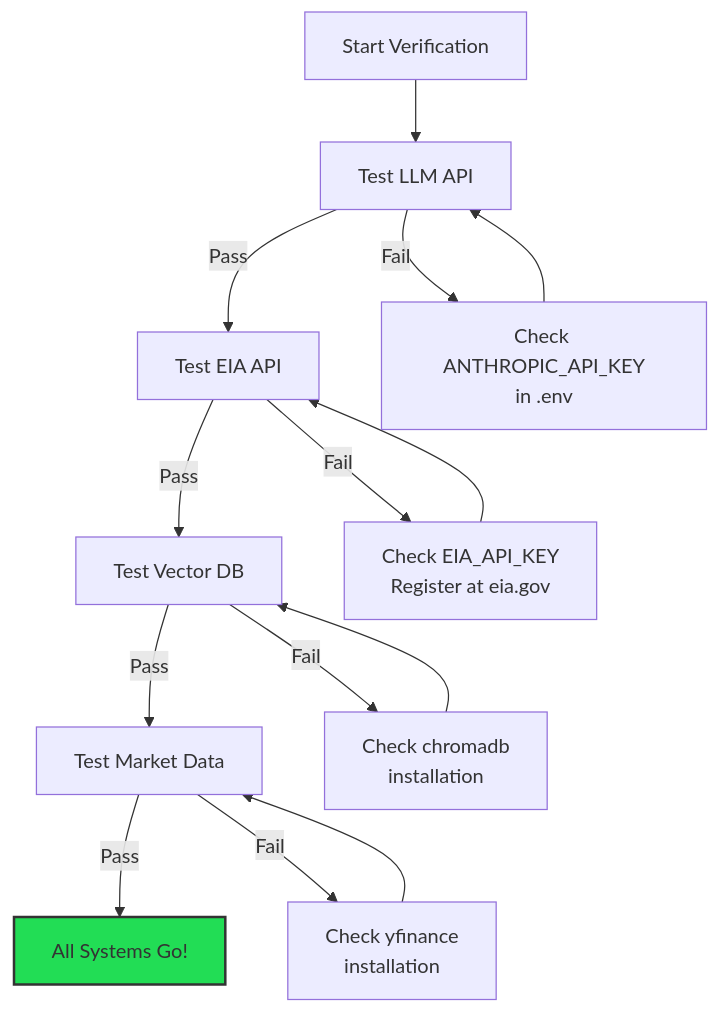
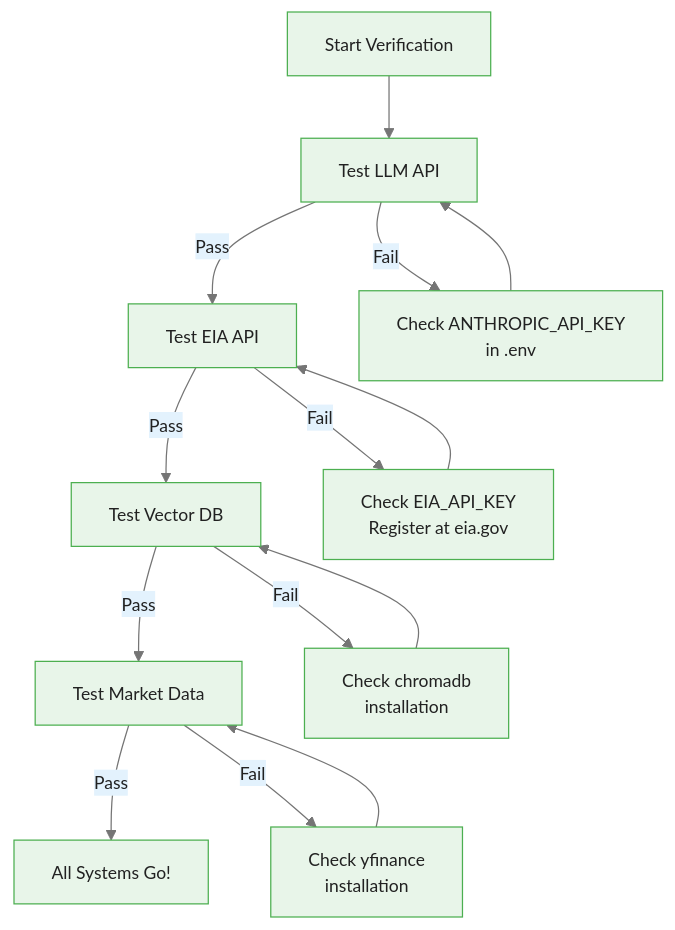
Before and after one commit to m-deane/course-creator: the third of 4 diagrams in courses/genai-commodities/modules/module_00_foundations/guides/03_environment_setup_slides.md, drawn with Mermaid. The commit also changed other lines of this file and 84 other files, not shown here.

````diff
--- a/courses/genai-commodities/modules/module_00_foundations/guides/03_environment_setup_slides.md
+++ b/courses/genai-commodities/modules/module_00_foundations/guides/03_environment_setup_slides.md
@@ -438,19 +466,18 @@
 ```mermaid
+%%{init: {"theme": "base", "themeVariables": {"primaryColor": "#e8f5e9", "primaryBorderColor": "#4caf50", "primaryTextColor": "#212121", "secondaryColor": "#e3f2fd", "tertiaryColor": "#fff8e1", "lineColor": "#757575", "fontFamily": "Inter, sans-serif", "fontSize": "14px"}}}%%
 flowchart TD
     A[Start Verification] --> B[Test LLM API]
     B -->|Pass| C[Test EIA API]
     B -->|Fail| B1[Check ANTHROPIC_API_KEY<br/>in .env]
     C -->|Pass| D[Test Vector DB]
     C -->|Fail| C1[Check EIA_API_KEY<br/>Register at eia.gov]
     D -->|Pass| E[Test Market Data]
     D -->|Fail| D1[Check chromadb<br/>installation]
     E -->|Pass| F[All Systems Go!]
     E -->|Fail| E1[Check yfinance<br/>installation]
 
     B1 --> B
     C1 --> C
     D1 --> D
     E1 --> E
-
-    style F fill:#2d5,stroke:#333,stroke-width:2px
 ```
````
